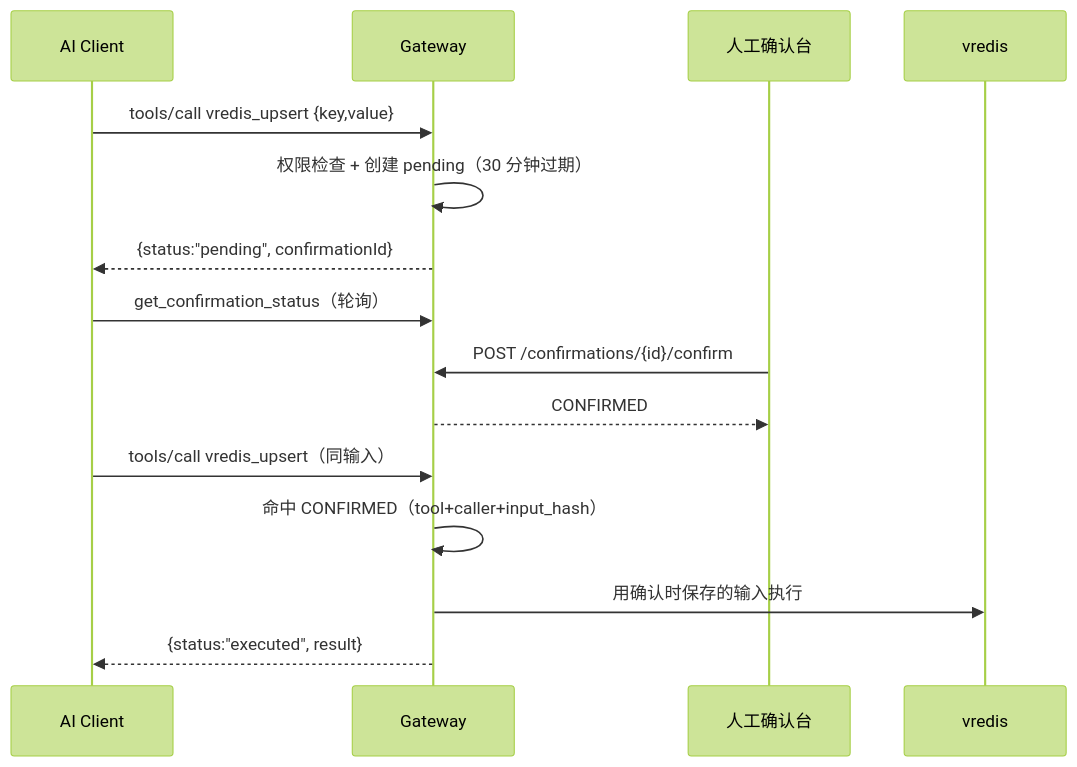
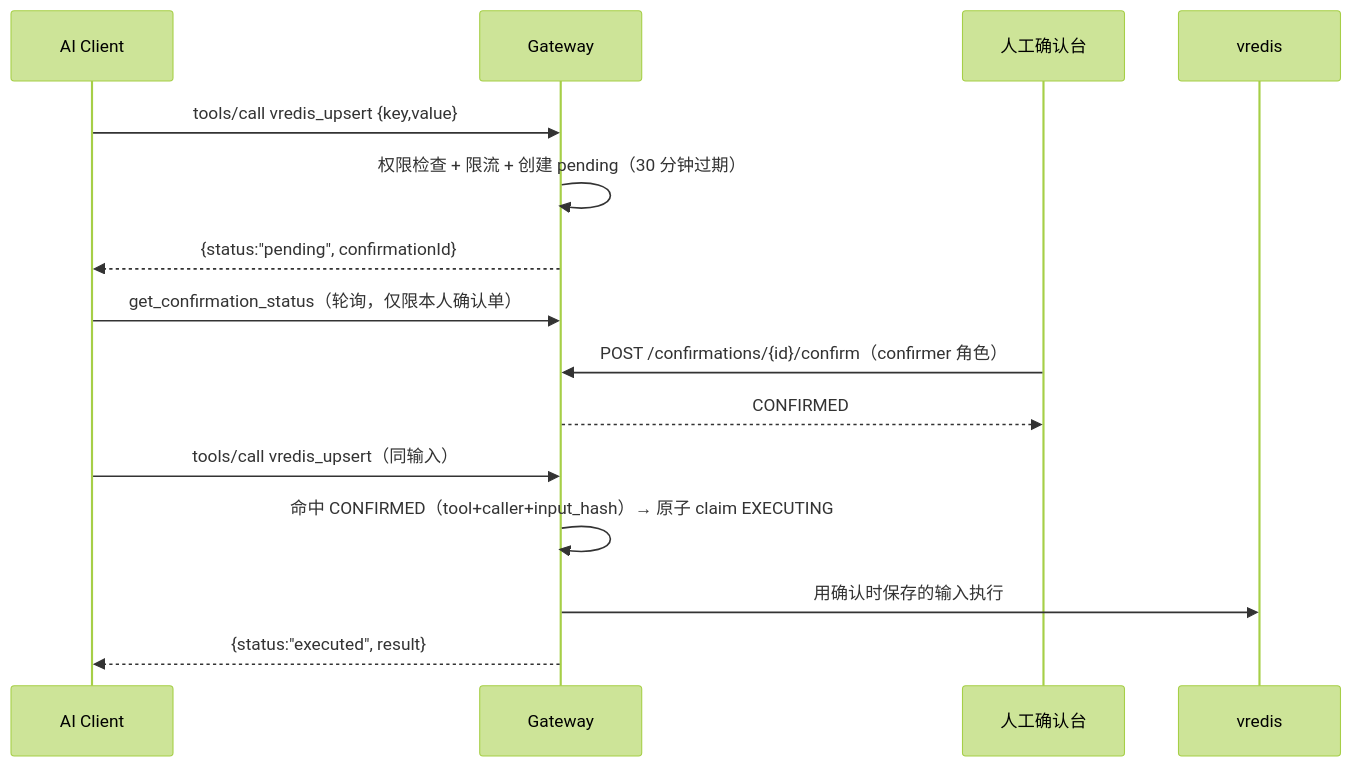
The second of 2 diagrams in README.md (JingYu-create520/mcp-tool-gateway), drawn with Mermaid (forest theme) before and after one commit. The commit also changed other lines of this file and 104 other files, not shown here.

First line of the commit message:
feat: harden gateway end-to-end — atomic claim, rate limiting, confirmation console, deployment hardening

````diff
--- a/README.md
+++ b/README.md
@@ -144,18 +198,18 @@
 ```mermaid
 sequenceDiagram
     participant AI as AI Client
     participant G as Gateway
     participant H as 人工确认台
     participant V as vredis
 
     AI->>G: tools/call vredis_upsert {key,value}
-    G->>G: 权限检查 + 创建 pending（30 分钟过期）
+    G->>G: 权限检查 + 限流 + 创建 pending（30 分钟过期）
     G-->>AI: {status:"pending", confirmationId}
-    AI->>G: get_confirmation_status（轮询）
-    H->>G: POST /confirmations/{id}/confirm
+    AI->>G: get_confirmation_status（轮询，仅限本人确认单）
+    H->>G: POST /confirmations/{id}/confirm（confirmer 角色）
     G-->>H: CONFIRMED
     AI->>G: tools/call vredis_upsert（同输入）
-    G->>G: 命中 CONFIRMED（tool+caller+input_hash）
+    G->>G: 命中 CONFIRMED（tool+caller+input_hash）→ 原子 claim EXECUTING
     G->>V: 用确认时保存的输入执行
     G-->>AI: {status:"executed", result}
 ```
````
